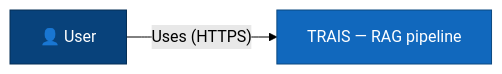
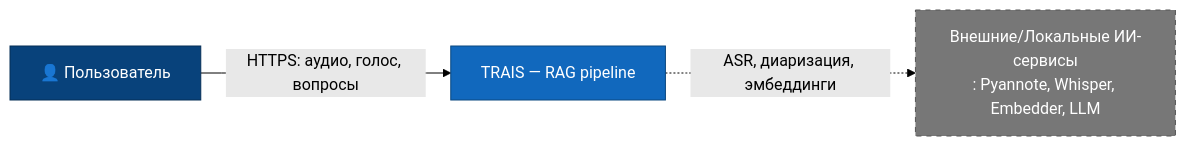
One commit to mynameis2wach/trais-architecture changed the diagram in docs/ru/architecture/c4/level1-context.md. Above: the diagram before and after it, drawn with Mermaid (forest theme).

````diff
--- a/docs/ru/architecture/c4/level1-context.md
+++ b/docs/ru/architecture/c4/level1-context.md
@@ -9,12 +9,17 @@
 ```mermaid
 flowchart LR
-    user["👤 User"]
+    user["👤 Пользователь"]
     trais["TRAIS — RAG pipeline"]
+    ai["Внешние/Локальные ИИ-сервисы<br/>: Pyannote, Whisper, Embedder, LLM"]
 
-    user -->|"Uses (HTTPS)"| trais
+    user -->|"HTTPS: аудио, голос, вопросы"| trais
+    trais -.->|"ASR, диаризация, эмбеддинги"| ai
 
     classDef person fill:#08427B,color:#fff,stroke:#052E56
     classDef system fill:#1168BD,color:#fff,stroke:#0B4880
+    classDef external fill:#777,color:#fff,stroke:#555,stroke-dasharray: 5 5
+
     class user person
     class trais system
+    class ai external
 ```
````
